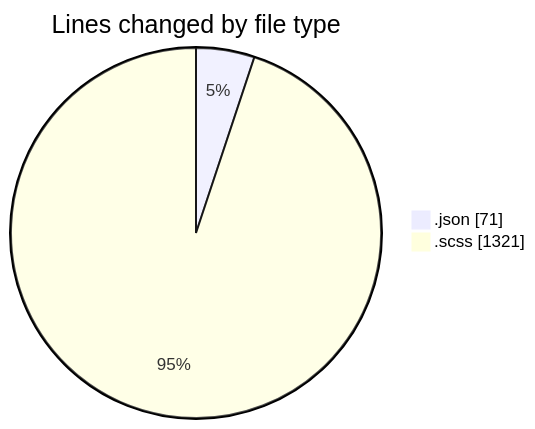
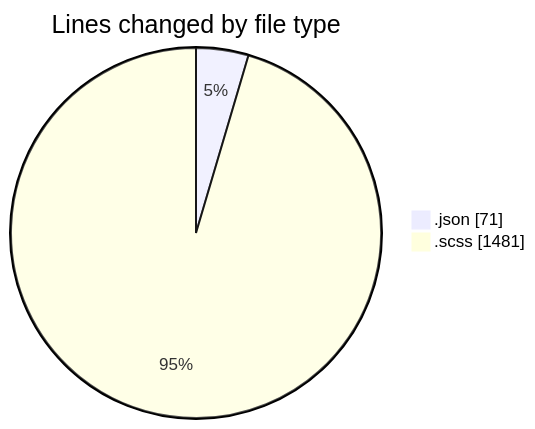
Before and after one commit to momahboobian/code-tracking: the first of 2 diagrams in 2026-01-22/cda/README.md, drawn with Mermaid. The commit also changed other lines of this file and 1 other file, not shown here.

````diff
--- a/2026-01-22/cda/README.md
+++ b/2026-01-22/cda/README.md
@@ -28,6 +30,6 @@
 ```mermaid
 pie showData
 title Lines changed by file type
 ".json" : 71
-".scss" : 1321
+".scss" : 1481
 ```
````
